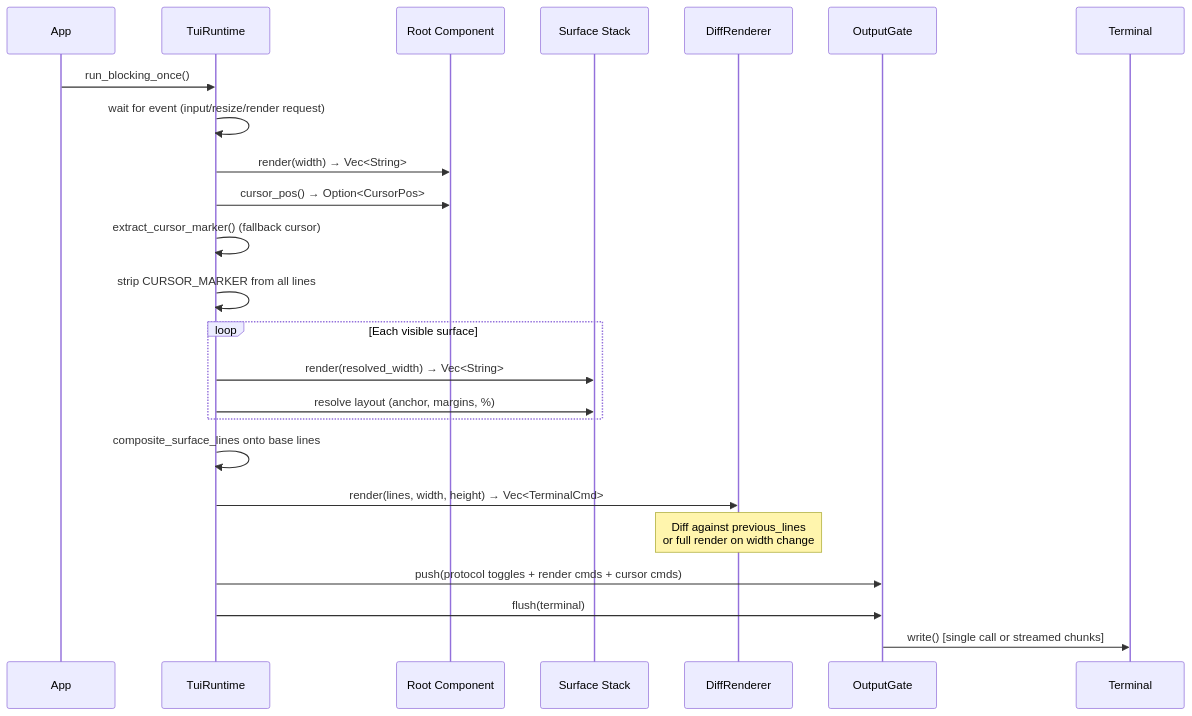
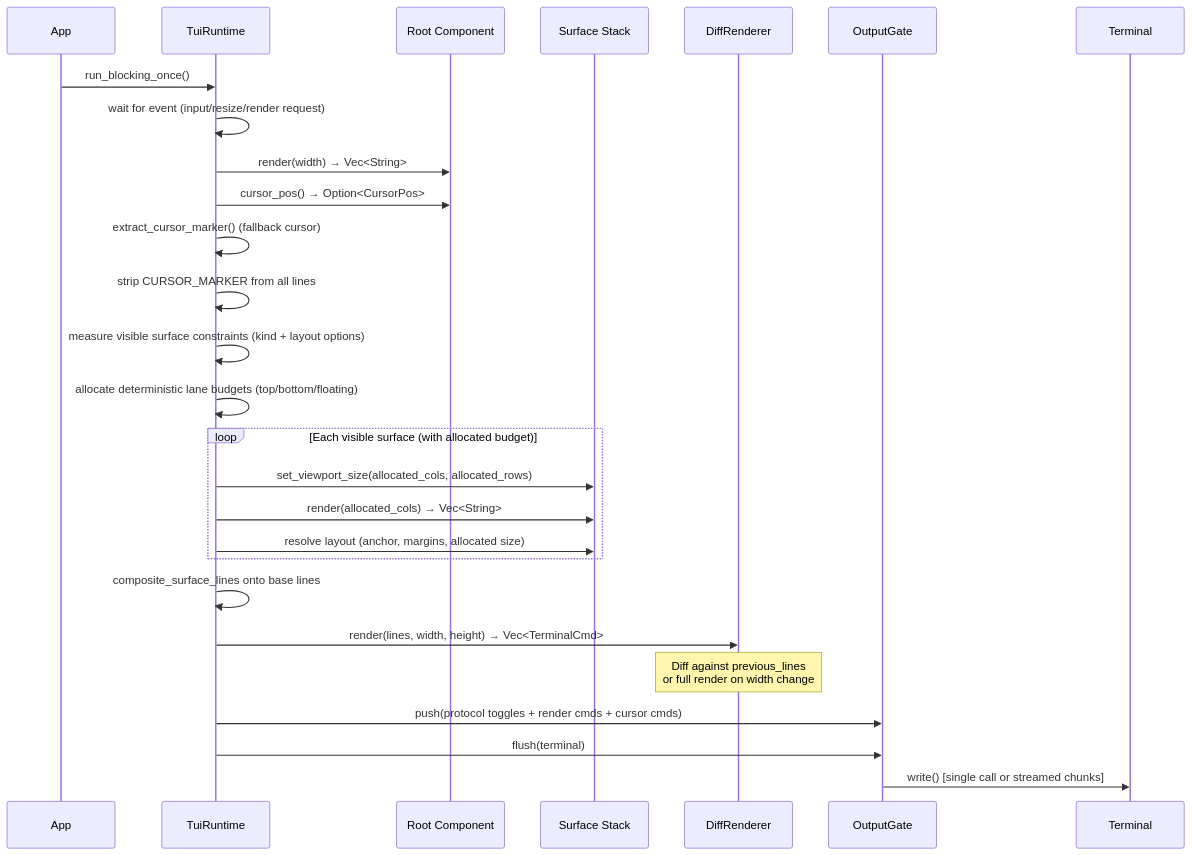
Before and after one commit to Gurpartap/tape_tui: the second of 3 diagrams in docs/ARCHITECTURE.md, drawn with Mermaid. The commit also changed other lines of this file and 2 other files, not shown here.

````diff
--- a/docs/ARCHITECTURE.md
+++ b/docs/ARCHITECTURE.md
@@ -171,29 +171,33 @@
 ```mermaid
 sequenceDiagram
     participant App
     participant TUI as TuiRuntime
     participant Root as Root Component
     participant Surfaces as Surface Stack
     participant Renderer as DiffRenderer
     participant Gate as OutputGate
     participant Term as Terminal
 
     App->>TUI: run_blocking_once()
     TUI->>TUI: wait for event (input/resize/render request)
     TUI->>Root: render(width) → Vec<String>
     TUI->>Root: cursor_pos() → Option<CursorPos>
     TUI->>TUI: extract_cursor_marker() (fallback cursor)
     TUI->>TUI: strip CURSOR_MARKER from all lines
 
-    loop Each visible surface
-        TUI->>Surfaces: render(resolved_width) → Vec<String>
-        TUI->>Surfaces: resolve layout (anchor, margins, %)
+    TUI->>TUI: measure visible surface constraints (kind + layout options)
+    TUI->>TUI: allocate deterministic lane budgets (top/bottom/floating)
+
+    loop Each visible surface (with allocated budget)
+        TUI->>Surfaces: set_viewport_size(allocated_cols, allocated_rows)
+        TUI->>Surfaces: render(allocated_cols) → Vec<String>
+        TUI->>Surfaces: resolve layout (anchor, margins, allocated size)
     end
 
     TUI->>TUI: composite_surface_lines onto base lines
     TUI->>Renderer: render(lines, width, height) → Vec<TerminalCmd>
     Note over Renderer: Diff against previous_lines<br/>or full render on width change
     TUI->>Gate: push(protocol toggles + render cmds + cursor cmds)
     TUI->>Gate: flush(terminal)
     Gate->>Term: write() [single call or streamed chunks]
 ```
````
